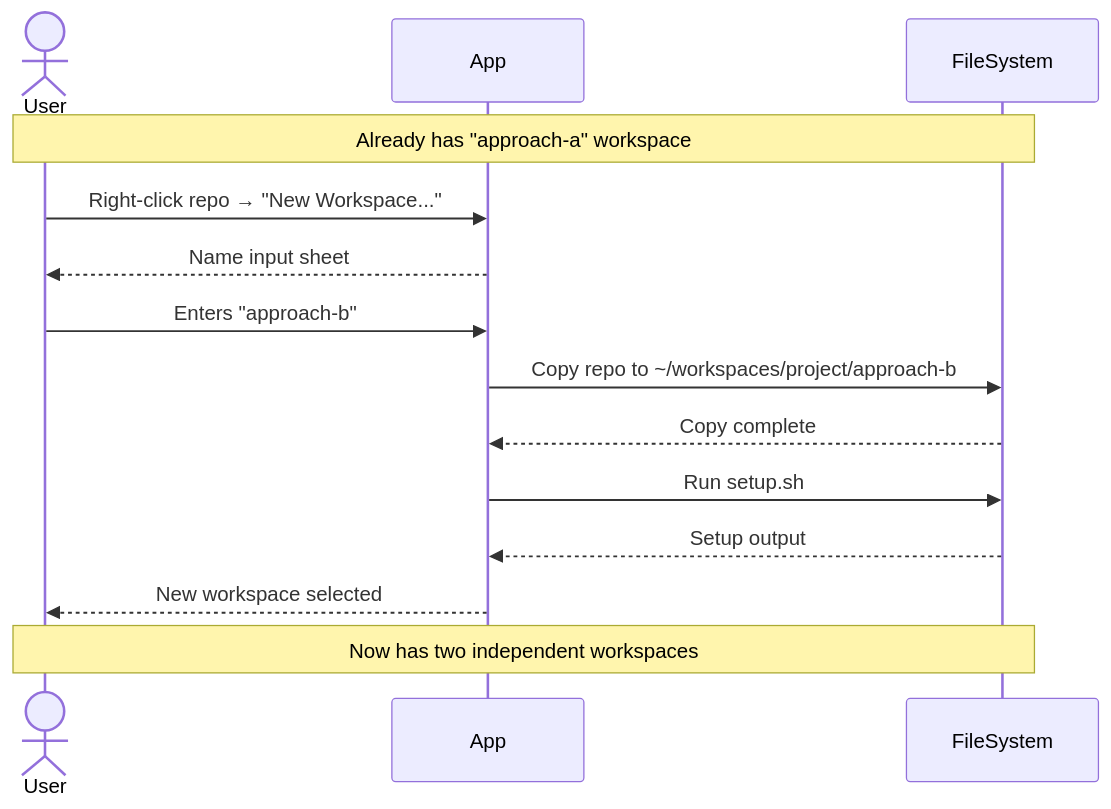
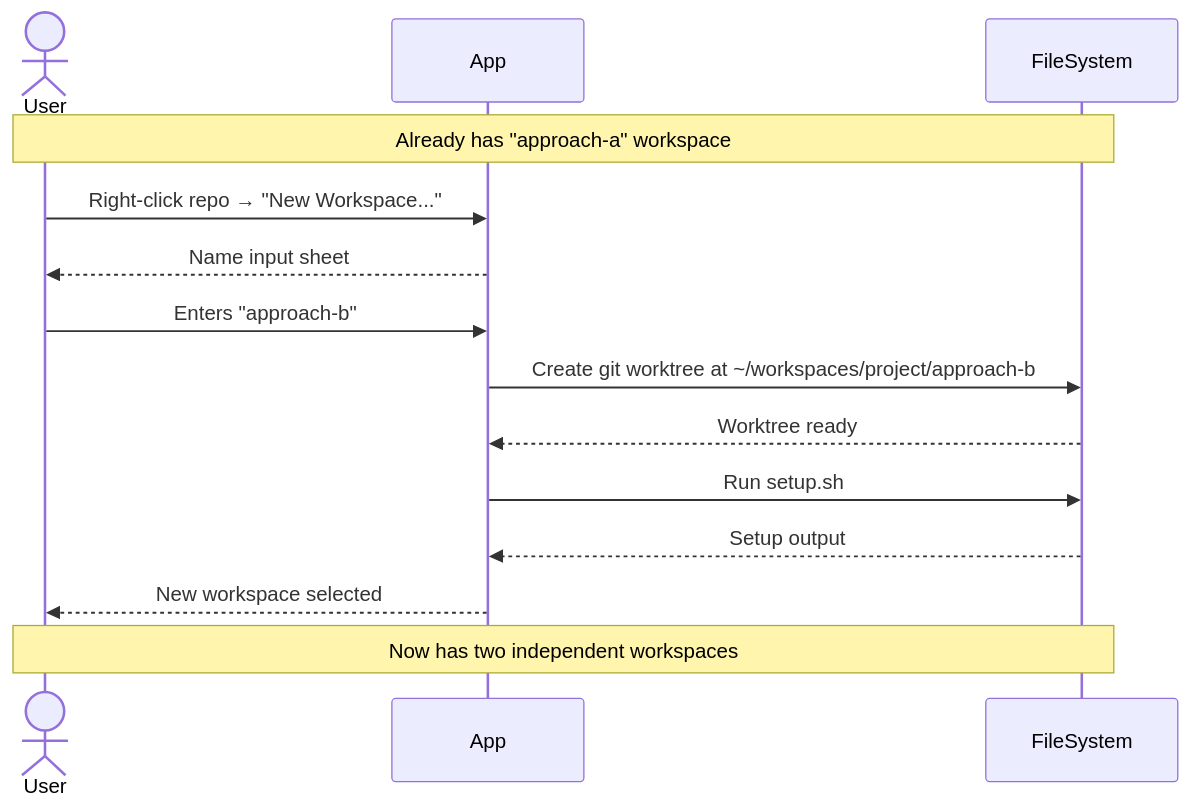
The third of 7 diagrams in docs/user-stories.md (fairchild/workspaces), drawn with Mermaid before and after one commit. The commit also changed other lines of this file and 16 other files, not shown here.

````diff
--- a/docs/user-stories.md
+++ b/docs/user-stories.md
@@ -153,18 +153,18 @@
 ```mermaid
 sequenceDiagram
     actor User
     participant App
     participant FS as FileSystem
 
     Note over User,FS: Already has "approach-a" workspace
     User->>App: Right-click repo → "New Workspace..."
     App-->>User: Name input sheet
     User->>App: Enters "approach-b"
-    App->>FS: Copy repo to ~/workspaces/project/approach-b
-    FS-->>App: Copy complete
+    App->>FS: Create git worktree at ~/workspaces/project/approach-b
+    FS-->>App: Worktree ready
     App->>FS: Run setup.sh
     FS-->>App: Setup output
     App-->>User: New workspace selected
 
     Note over User,FS: Now has two independent workspaces
 ```
````
